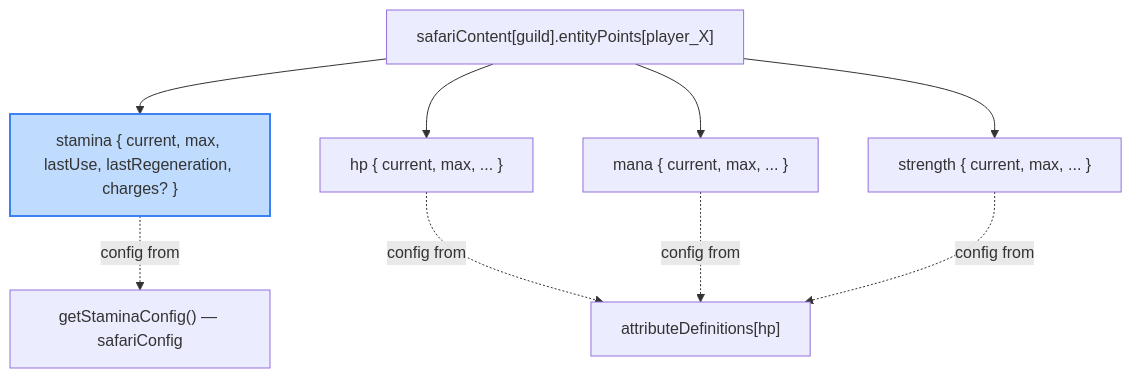
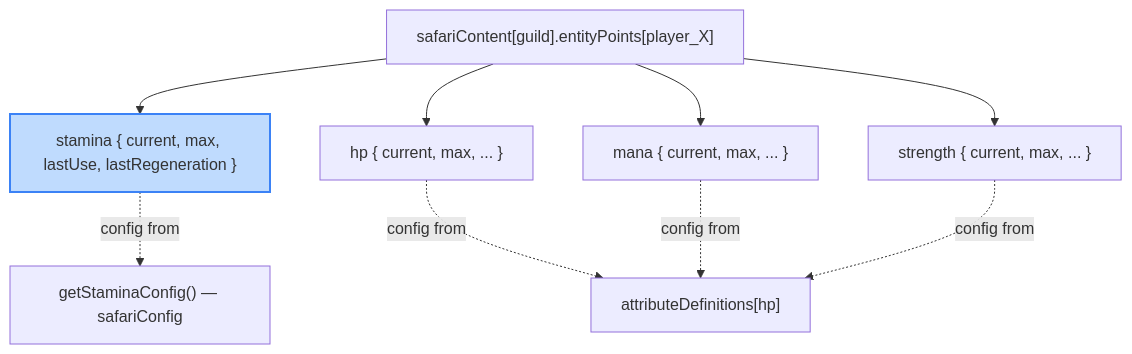
One commit to extremedonkey/castbot changed the tenth of 11 diagrams in docs/03-features/StaminaArchitecture.md. Above: the diagram before and after it, drawn with Mermaid. The commit also changed other lines of this file and 8 other files, not shown here.

````diff
--- a/docs/03-features/StaminaArchitecture.md
+++ b/docs/03-features/StaminaArchitecture.md
@@ -460,13 +450,13 @@
 ```mermaid
 graph TD
     EP["safariContent[guild].entityPoints[player_X]"]
-    EP --> S["stamina { current, max, lastUse, lastRegeneration, charges? }"]
+    EP --> S["stamina { current, max, lastUse, lastRegeneration }"]
     EP --> H["hp { current, max, ... }"]
     EP --> M["mana { current, max, ... }"]
     EP --> ST["strength { current, max, ... }"]
     S -. "config from" .-> SC["getStaminaConfig() — safariConfig"]
     H -. "config from" .-> AD["attributeDefinitions[hp]"]
     M -. "config from" .-> AD
     ST -. "config from" .-> AD
     style S fill:#bfdbfe,stroke:#3b82f6,stroke-width:2px
 ```
````
